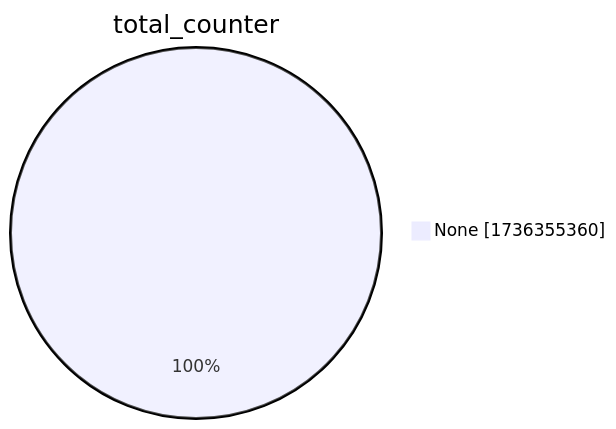
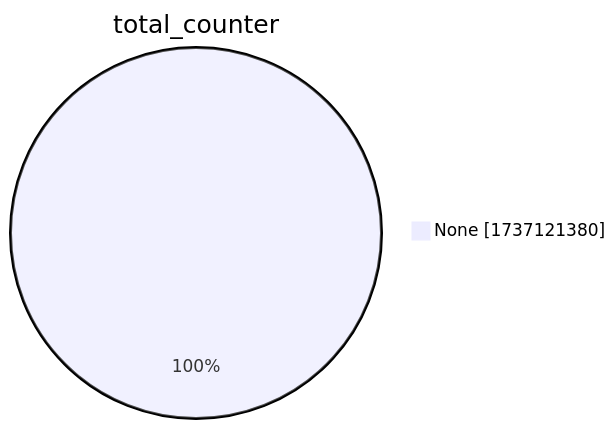
Before and after one commit to christiankrug/ctmonitor_visualization: the second of 15 diagrams in xenon2022/README.md, drawn with Mermaid. The commit also changed other lines of this file, not shown here.

````diff
--- a/xenon2022/README.md
+++ b/xenon2022/README.md
@@ -9,5 +9,5 @@
 ```mermaid
 pie showData
 title total_counter
-"None" :1736355360
+"None" :1737121380
 ```
````
